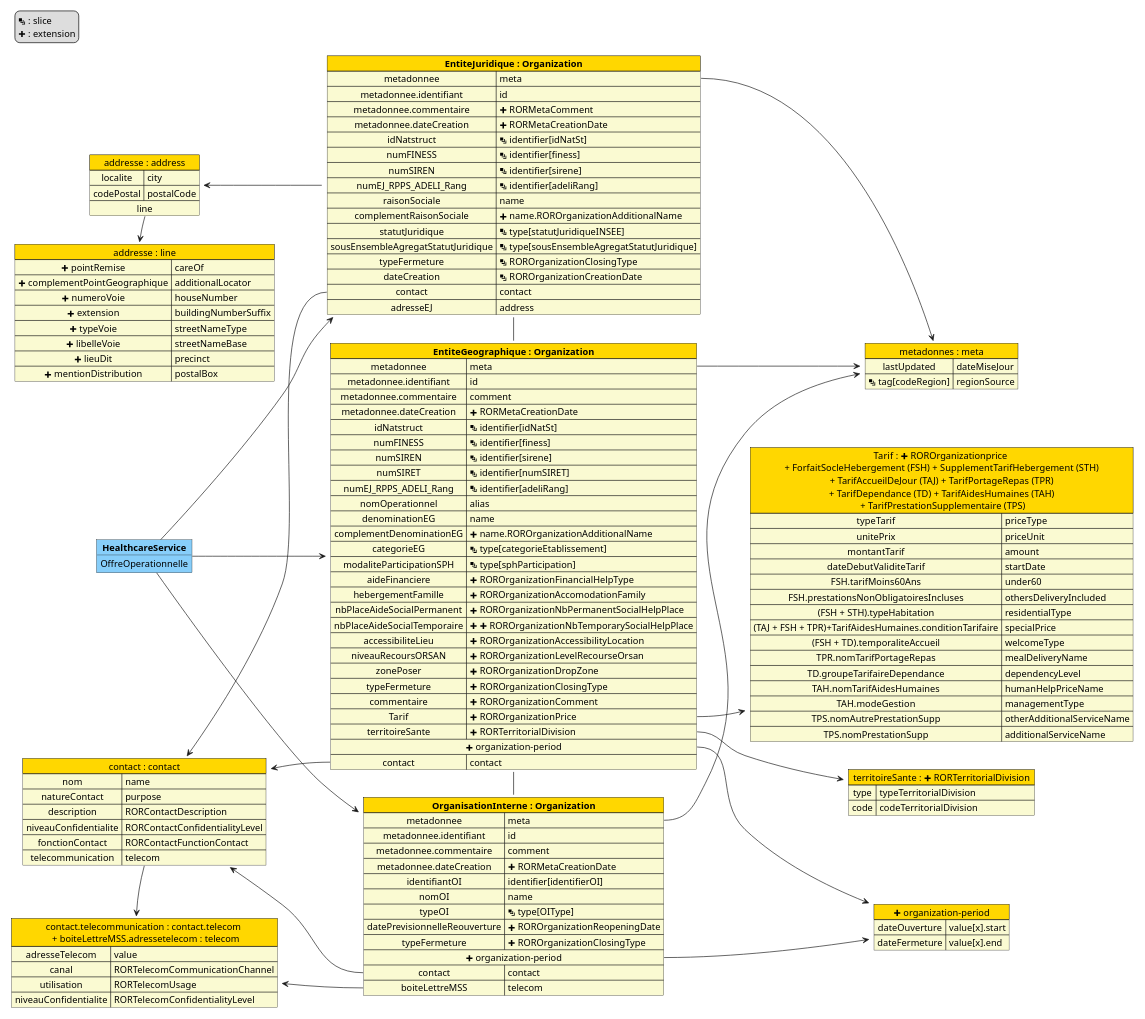
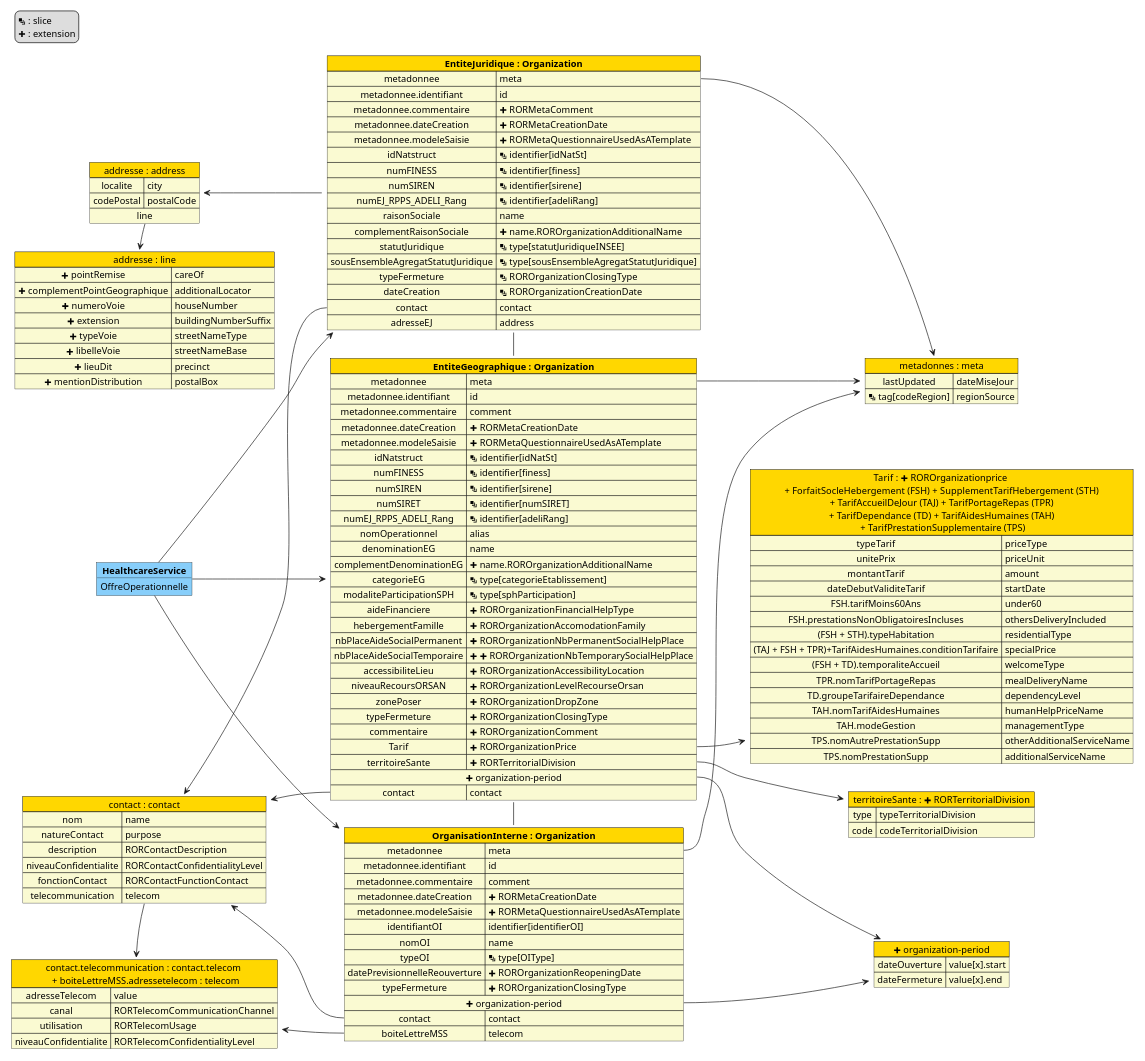
Before and after one commit to ansforge/IG-fhir-repertoire-offre-ressources-sante: the diagram in input/images-source/mapping-Organization.plantuml, drawn with PlantUML. The commit also changed 9 other files, not shown here.

```diff
--- a/input/images-source/mapping-Organization.plantuml
+++ b/input/images-source/mapping-Organization.plantuml
@@ -1,169 +1,172 @@
 @startuml mapping-Organization
 
 left to right direction
 
 scale 1000 width
 
 legend top left
   <&layers> : slice
   <&plus> : extension
 endlegend
 
 
 map "metadonnes : meta" as meta #back:LightGoldenRodYellow;header:Gold {
     lastUpdated => dateMiseJour 
     <&layers> tag[codeRegion] => regionSource
 }
 
 map "<&plus> organization-period" as period #back:LightGoldenRodYellow;header:Gold {
     dateOuverture => value[x].start
     dateFermeture => value[x].end
 }
 
 map "territoireSante : <&plus> RORTerritorialDivision" as RORTerritorialDivision #back:LightGoldenRodYellow;header:Gold {
     type => typeTerritorialDivision
     code => codeTerritorialDivision
 }
 
 map "Tarif : <&plus> ROROrganizationprice \n +  ForfaitSocleHebergement (FSH) + SupplementTarifHebergement (STH) \n + TarifAccueilDeJour (TAJ) + TarifPortageRepas (TPR) \n + TarifDependance (TD) + TarifAidesHumaines (TAH) \n + TarifPrestationSupplementaire (TPS)" as ROROrganizationPrice #back:LightGoldenRodYellow;header:Gold {
     typeTarif => priceType
     unitePrix => priceUnit
     montantTarif => amount
     dateDebutValiditeTarif => startDate
     FSH.tarifMoins60Ans => under60
     FSH.prestationsNonObligatoiresIncluses => deliveryIncluded
     FSH.prestationsNonObligatoiresIncluses => othersDeliveryIncluded
     (FSH + STH).typeHabitation => residentialType
     (TAJ + FSH + TPR)+TarifAidesHumaines.conditionTarifaire => specialPrice
     (FSH + TD).temporaliteAccueil => welcomeType
     TPR.nomTarifPortageRepas => mealDeliveryName
     TD.groupeTarifaireDependance => dependencyLevel
     TAH.nomTarifAidesHumaines => humanHelpPriceName
     TAH.modeGestion => managementType
     TPS.nomAutrePrestationSupp => otherAdditionalServiceName
     TPS.nomPrestationSupp => additionalServiceName
 }
 
 map "contact : contact" as contact #back:LightGoldenRodYellow;header:Gold {
     nom => name
     natureContact => purpose
     description => RORContactDescription
     niveauConfidentialite => RORContactConfidentialityLevel
     fonctionContact => RORContactFunctionContact
     telecommunication => telecom
 }
 
 map "contact.telecommunication : contact.telecom \n + boiteLettreMSS.adressetelecom : telecom" as telecom #back:LightGoldenRodYellow;header:Gold {
     adresseTelecom => value
     canal => RORTelecomCommunicationChannel
     utilisation => RORTelecomUsage
     niveauConfidentialite => RORTelecomConfidentialityLevel
 }
 map "addresse : line" as addressLine #back:LightGoldenRodYellow;header:Gold {
     <&plus> pointRemise => careOf
     <&plus> complementPointGeographique => additionalLocator
     <&plus> numeroVoie => houseNumber
     <&plus> extension => buildingNumberSuffix
     <&plus> typeVoie => streetNameType
     <&plus> libelleVoie => streetNameBase
     <&plus> lieuDit => precinct
     <&plus> mentionDistribution => postalBox
 }
 
 map "addresse : address" as address #back:LightGoldenRodYellow;header:Gold {
     localite => city
     codePostal => postalCode
     line *-> addressLine
 }
 
 
 map "**EntiteJuridique : Organization**" as EJ #back:LightGoldenRodYellow;header:Gold {
     metadonnee => meta 
     metadonnee.identifiant => id
     metadonnee.commentaire => <&plus> RORMetaComment
     metadonnee.dateCreation => <&plus> RORMetaCreationDate
+    metadonnee.modeleSaisie => <&plus> RORMetaQuestionnaireUsedAsATemplate
     idNatstruct => <&layers> identifier[idNatSt]
     numFINESS => <&layers> identifier[finess]
     numSIREN => <&layers> identifier[sirene]
     numEJ_RPPS_ADELI_Rang => <&layers> identifier[rppsRang]
     numEJ_RPPS_ADELI_Rang => <&layers> identifier[adeliRang]
     raisonSociale => name
     complementRaisonSociale => <&plus> name.ROROrganizationAdditionalName
     statutJuridique => <&layers> type[statutJuridiqueINSEE]
     sousEnsembleAgregatStatutJuridique => <&layers> type[sousEnsembleAgregatStatutJuridique]
     typeFermeture => <&layers> ROROrganizationClosingType
     dateCreation => <&layers> ROROrganizationCreationDate
     contact => contact
     adresseEJ => address
 }
 
 map "**EntiteGeographique : Organization**" as EG #back:LightGoldenRodYellow;header:Gold {
     metadonnee => meta 
     metadonnee.identifiant => id
     metadonnee.commentaire => comment
     metadonnee.dateCreation => <&plus> RORMetaCreationDate
+    metadonnee.modeleSaisie => <&plus> RORMetaQuestionnaireUsedAsATemplate
     idNatstruct => <&layers> identifier[idNatSt]
     numFINESS => <&layers> identifier[finess]
     numSIREN => <&layers> identifier[sirene]
     numSIRET => <&layers> identifier[numSIRET]
     numEJ_RPPS_ADELI_Rang => <&layers> identifier[rppsRang]
     numEJ_RPPS_ADELI_Rang => <&layers> identifier[adeliRang]
     nomOperationnel => alias
     denominationEG => name
     complementDenominationEG => <&plus> name.ROROrganizationAdditionalName
     categorieEG => <&layers> type[categorieEtablissement] 
     modaliteParticipationSPH => <&layers> type[sphParticipation]
     aideFinanciere => <&plus> ROROrganizationFinancialHelpType
     hebergementFamille => <&plus> ROROrganizationAccomodationFamily
     nbPlaceAideSocialPermanent => <&plus> ROROrganizationNbPermanentSocialHelpPlace
     nbPlaceAideSocialTemporaire => <&plus> <&plus> ROROrganizationNbTemporarySocialHelpPlace
     accessibiliteLieu => <&plus> ROROrganizationAccessibilityLocation
     niveauRecoursORSAN => <&plus> ROROrganizationLevelRecourseOrsan
     zonePoser => <&plus> ROROrganizationDropZone
     typeFermeture => <&plus> ROROrganizationClosingType
     commentaire => <&plus> ROROrganizationComment
     Tarif => <&plus> ROROrganizationPrice
     territoireSante => <&plus> RORTerritorialDivision
     <&plus> organization-period *--> period
     contact => contact
 }
 
 map "**OrganisationInterne : Organization**" as OI #back:LightGoldenRodYellow;header:Gold {
     metadonnee => meta 
     metadonnee.identifiant => id
     metadonnee.commentaire => comment
     metadonnee.dateCreation => <&plus> RORMetaCreationDate
+    metadonnee.modeleSaisie => <&plus> RORMetaQuestionnaireUsedAsATemplate
     identifiantOI => identifier[identifierOI]
     nomOI => name
     typeOI => <&layers> type[OIType]
     datePrevisionnelleReouverture => <&plus> ROROrganizationReopeningDate
     typeFermeture => <&plus> ROROrganizationClosingType
     <&plus> organization-period *--> period
     contact => contact
     boiteLettreMSS => telecom
 }
 
 EJ::metadonnee --> meta
 EG::metadonnee --> meta
 OI::metadonnee --> meta
 contact <-- EJ::contact
 contact <-- EG::contact
 contact <-- OI::contact
 contact::telecommunication -> telecom
 telecom <-- OI::boiteLettreMSS
 address <-- EJ::adresse
 EG::territoireSante --> RORTerritorialDivision
 EG::Tarif --> ROROrganizationPrice
 
 
 object "**HealthcareService**" as HS #LightSkyBlue {
     OffreOperationnelle
 }
 
 HS --> EJ
 HS --> EG
 HS --> OI
 EJ - EG 
 EG - OI
 
 @enduml
```
